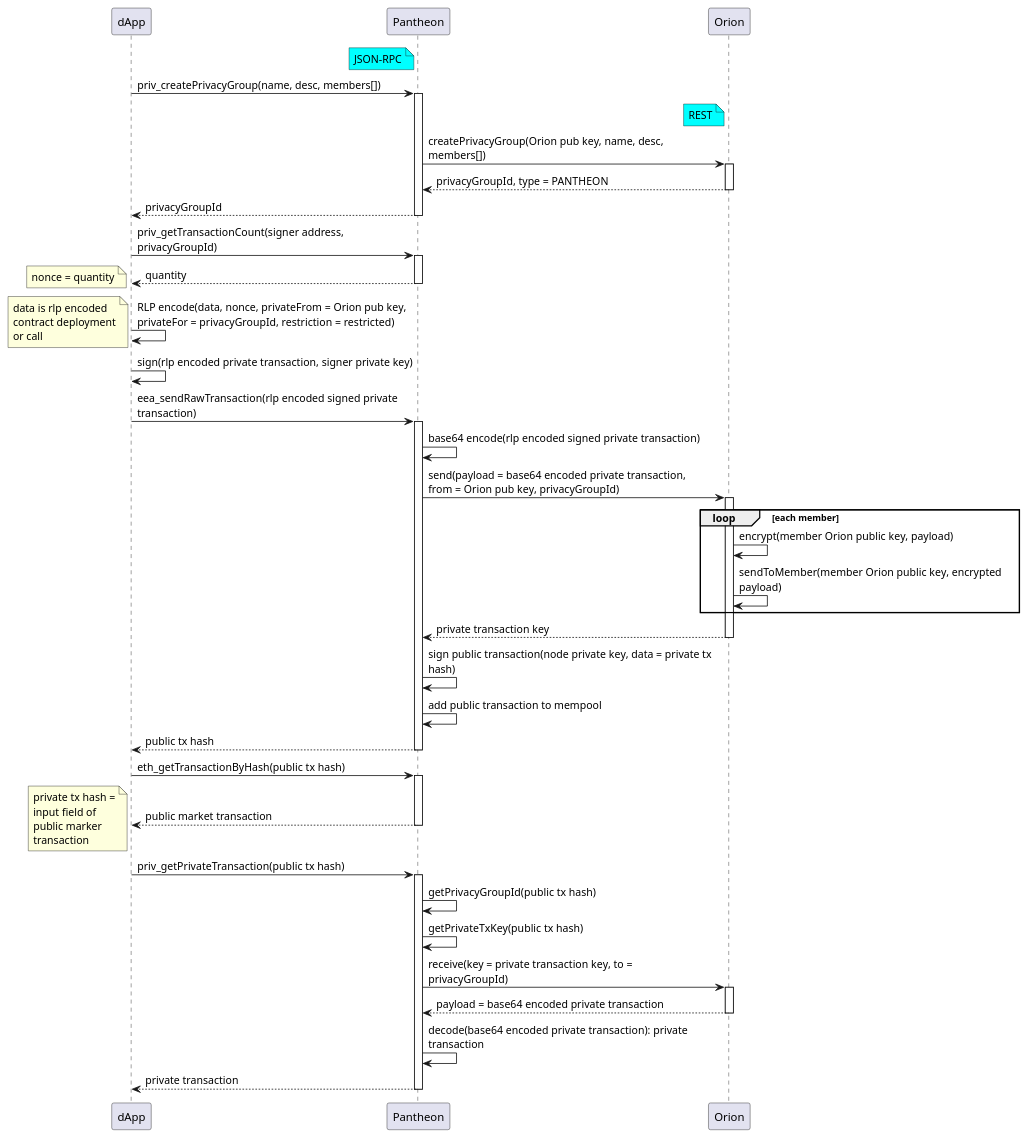
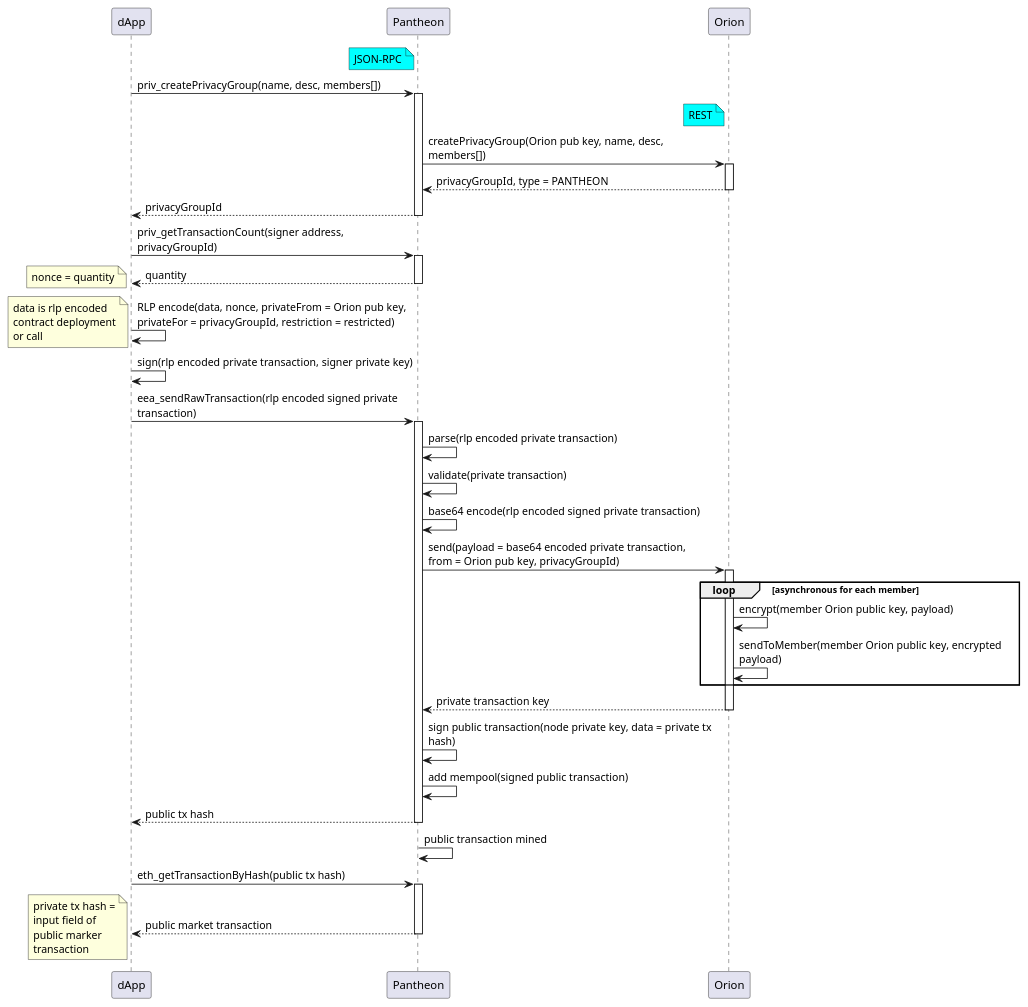
One commit to Consensys/hyperledger-besu-ethers changed the diagram in docs/pantheonSendTransaction.puml. Above: the diagram before and after it, drawn with PlantUML. The commit also changed 2 other files, not shown here.

Commit message:
Add removePeer and addPeer to pantheonAdmin tests Updates to the README

```diff
--- a/docs/pantheonSendTransaction.puml
+++ b/docs/pantheonSendTransaction.puml
@@ -1,70 +1,63 @@
 @startuml
 skinparam maxMessageSize 350 
 
 participant dApp
 participant Pantheon
 participant Orion
 
 note left of Pantheon #aqua: JSON-RPC
 
 ' reatePrivacyGroup
 dApp -> Pantheon: priv_createPrivacyGroup(name, desc, members[])
 activate Pantheon
 note left of Orion #aqua: REST
 Pantheon -> Orion: createPrivacyGroup(Orion pub key, name, desc, members[])
 activate Orion
 return privacyGroupId, type = PANTHEON
 return privacyGroupId
 
 ' getTransactionCount
 dApp -> Pantheon: priv_getTransactionCount(signer address, privacyGroupId)
 activate Pantheon
 return quantity
 note left: nonce = quantity
 
 dApp->dApp: RLP encode(data, nonce, privateFrom = Orion pub key, privateFor = privacyGroupId, restriction = restricted)
 note left
     data is rlp encoded
     contract deployment
     or call
 end note
 dApp->dApp: sign(rlp encoded private transaction, signer private key)
 
 ' sendRawTransaction
 dApp -> Pantheon: eea_sendRawTransaction(rlp encoded signed private transaction)
 activate Pantheon
+Pantheon -> Pantheon: parse(rlp encoded private transaction)
+Pantheon -> Pantheon: validate(private transaction)
 Pantheon -> Pantheon: base64 encode(rlp encoded signed private transaction)
 Pantheon -> Orion: send(payload = base64 encoded private transaction, from = Orion pub key, privacyGroupId)
 activate Orion
-loop each member
+loop asynchronous for each member
 Orion -> Orion: encrypt(member Orion public key, payload)
 Orion -> Orion: sendToMember(member Orion public key, encrypted payload)
 end
 return private transaction key
 Pantheon -> Pantheon: sign public transaction(node private key, data = private tx hash)
-Pantheon -> Pantheon: add public transaction to mempool
+Pantheon -> Pantheon: add mempool(signed public transaction)
 return public tx hash
+
+Pantheon -> Pantheon: public transaction mined
 
 ' getTransactionByHash
 dApp -> Pantheon: eth_getTransactionByHash(public tx hash)
 activate Pantheon
 return public market transaction
 note left
     private tx hash =
     input field of
     public marker
     transaction
 end note
 
-' getPrivateTransaction
-dApp -> Pantheon: priv_getPrivateTransaction(public tx hash)
-activate Pantheon
-Pantheon -> Pantheon: getPrivacyGroupId(public tx hash)
-Pantheon -> Pantheon: getPrivateTxKey(public tx hash)
-Pantheon -> Orion: receive(key = private transaction key, to = privacyGroupId)
-activate Orion
-return payload = base64 encoded private transaction
-Pantheon -> Pantheon: decode(base64 encoded private transaction): private transaction
-return private transaction
-
 @enduml
```
